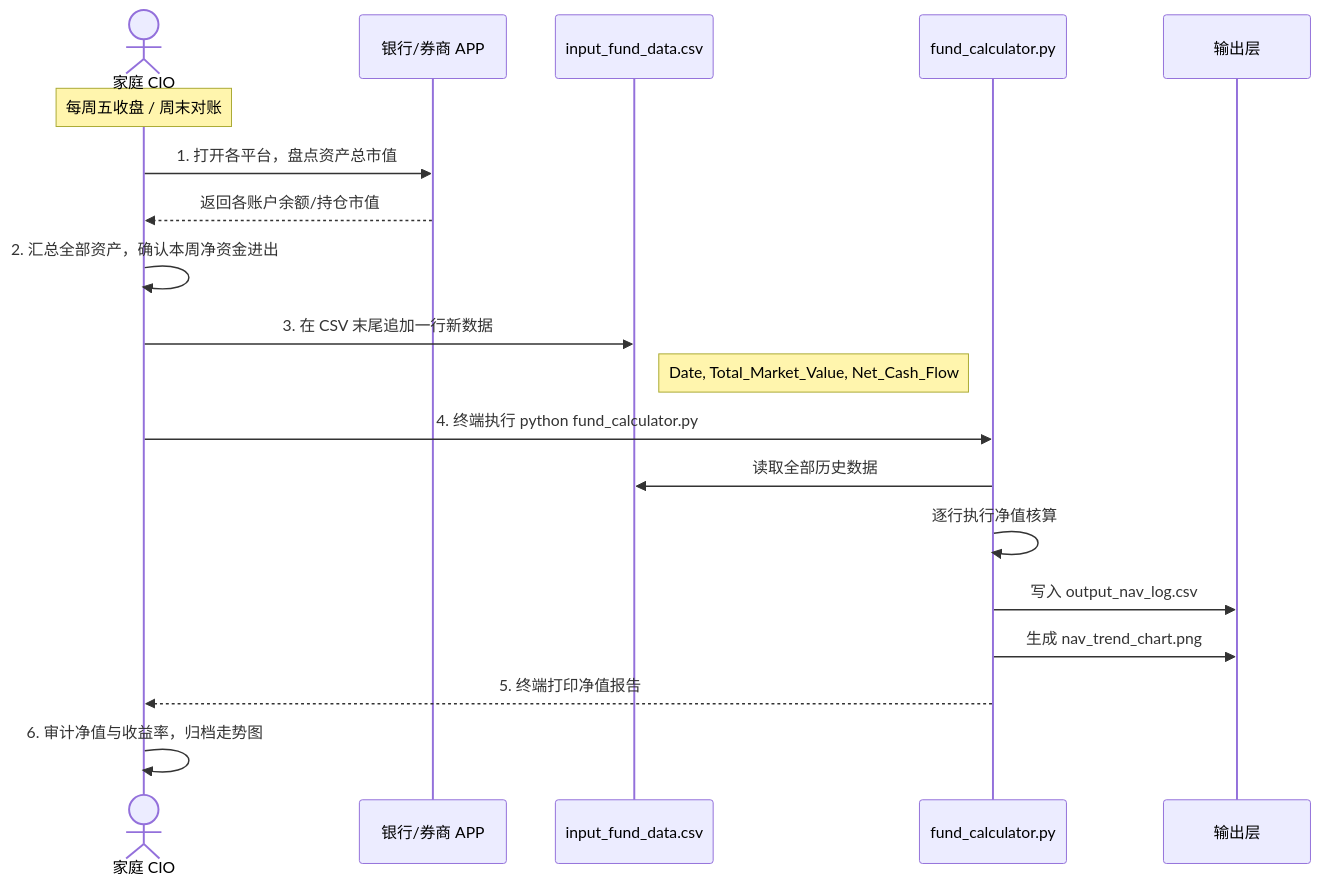
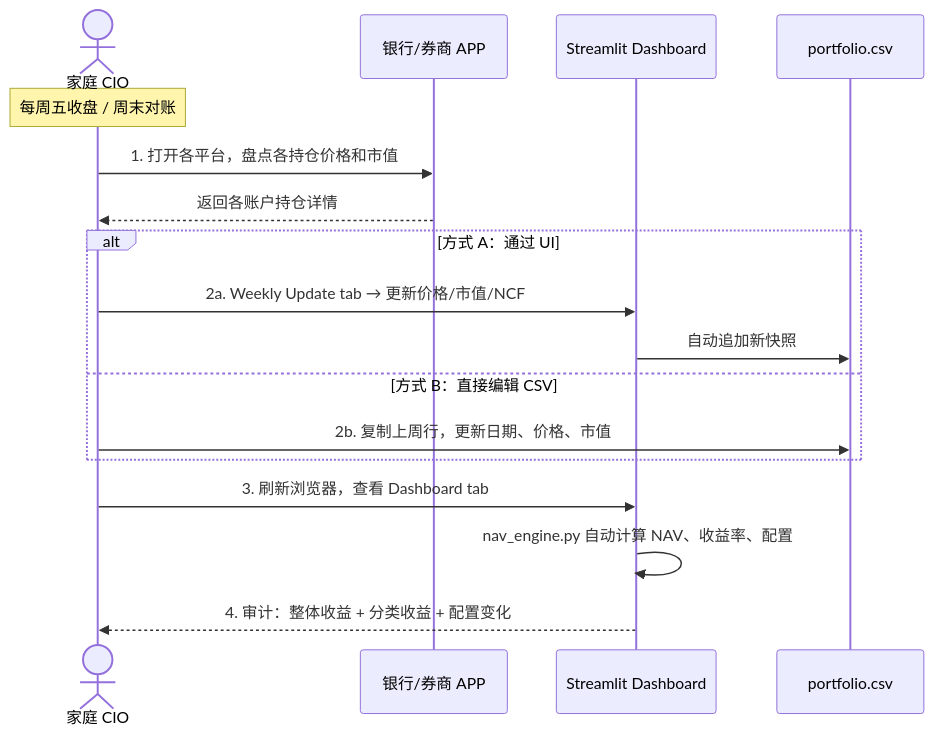
One commit to Haolun123/FamilyFund changed the fourth of 16 diagrams in ARCHITECTURE_shared.md. Above: the diagram before and after it, drawn with Mermaid. The commit also changed other lines of this file, not shown here.

First line of the commit message:
Update architecture docs: remove terminal workflow, reflect dashboard-only usage

````diff
--- a/ARCHITECTURE_shared.md
+++ b/ARCHITECTURE_shared.md
@@ -258,28 +258,23 @@
 ```mermaid
 sequenceDiagram
     actor CIO as 家庭 CIO
     participant BANK as 银行/券商 APP
-    participant CSV as input_fund_data.csv
-    participant PY as fund_calculator.py
-    participant OUT as 输出层
+    participant UI as Streamlit Dashboard
+    participant CSV as portfolio.csv
 
     Note over CIO: 每周五收盘 / 周末对账
-    
-    CIO->>BANK: 1. 打开各平台，盘点资产总市值
-    BANK-->>CIO: 返回各账户余额/持仓市值
-    
-    CIO->>CIO: 2. 汇总全部资产，确认本周净资金进出
-    
-    CIO->>CSV: 3. 在 CSV 末尾追加一行新数据
-    Note right of CSV: Date, Total_Market_Value, Net_Cash_Flow
-    
-    CIO->>PY: 4. 终端执行 python fund_calculator.py
-    
-    PY->>CSV: 读取全部历史数据
-    PY->>PY: 逐行执行净值核算
-    PY->>OUT: 写入 output_nav_log.csv
-    PY->>OUT: 生成 nav_trend_chart.png
-    PY-->>CIO: 5. 终端打印净值报告
-    
-    CIO->>CIO: 6. 审计净值与收益率，归档走势图
+
+    CIO->>BANK: 1. 打开各平台，盘点各持仓价格和市值
+    BANK-->>CIO: 返回各账户持仓详情
+
+    alt 方式 A：通过 UI
+        CIO->>UI: 2a. Weekly Update tab → 更新价格/市值/NCF
+        UI->>CSV: 自动追加新快照
+    else 方式 B：直接编辑 CSV
+        CIO->>CSV: 2b. 复制上周行，更新日期、价格、市值
+    end
+
+    CIO->>UI: 3. 刷新浏览器，查看 Dashboard tab
+    UI->>UI: nav_engine.py 自动计算 NAV、收益率、配置
+    UI-->>CIO: 4. 审计：整体收益 + 分类收益 + 配置变化
 ```
````
